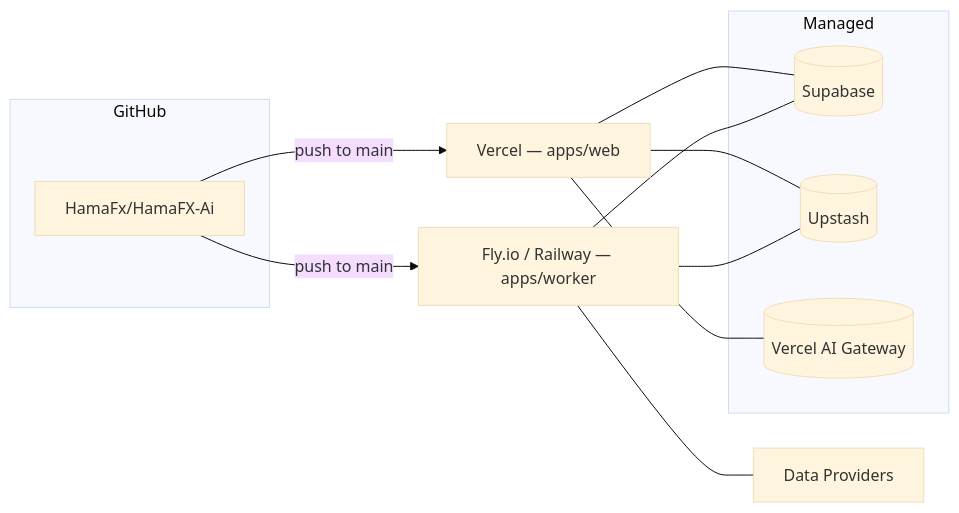
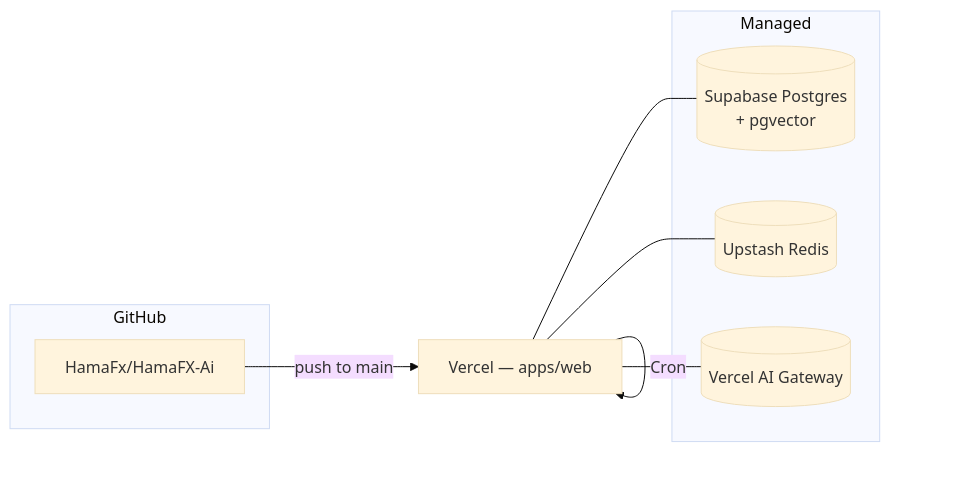
Before and after one commit to HamaFx/HamaFX-Ai: the diagram in docs/09-deployment.md, drawn with Mermaid (base theme). The commit also changed other lines of this file and 17 other files, not shown here.

````diff
--- a/docs/09-deployment.md
+++ b/docs/09-deployment.md
@@ -5,22 +7,19 @@
 ```mermaid
 flowchart LR
     subgraph GH[GitHub]
         REPO[HamaFx/HamaFX-Ai]
     end
 
     REPO -->|push to main| VC[Vercel — apps/web]
-    REPO -->|push to main| FLY[Fly.io / Railway — apps/worker]
 
     subgraph Managed
-        SB[(Supabase)]
-        UP[(Upstash)]
+        SB[(Supabase Postgres<br/>+ pgvector)]
+        UP[(Upstash Redis)]
         GW[(Vercel AI Gateway)]
     end
 
     VC --- SB
     VC --- UP
     VC --- GW
-    FLY --- SB
-    FLY --- UP
-    FLY --- DataAPIs[Data Providers]
+    VC -->|Cron| VC
 ```
````
